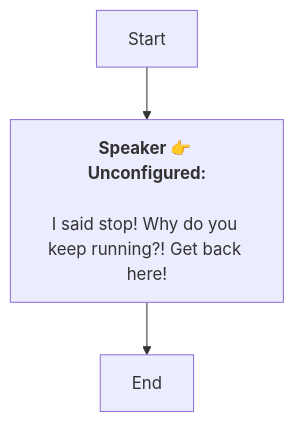
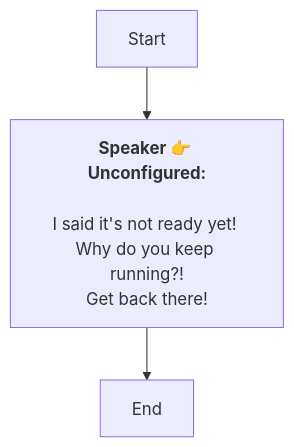
The diagram in En/DemoTips_2.md (SoftHu/tos_avg), drawn with Mermaid before and after one commit. The commit also changed 297 other files, not shown here.

````diff
--- a/En/DemoTips_2.md
+++ b/En/DemoTips_2.md
@@ -1,8 +1,9 @@
 ```mermaid
 graph
 Start -->1731547181019230[<b>Speaker 👉 Unconfigured:</b>
 
-I said stop! Why do you keep running?! Get back here!]
+I said it's not ready yet! Why do you keep running?!
+Get back there!]
 1731547181019230 -->1731547181019231[End]
 
  ```
````
